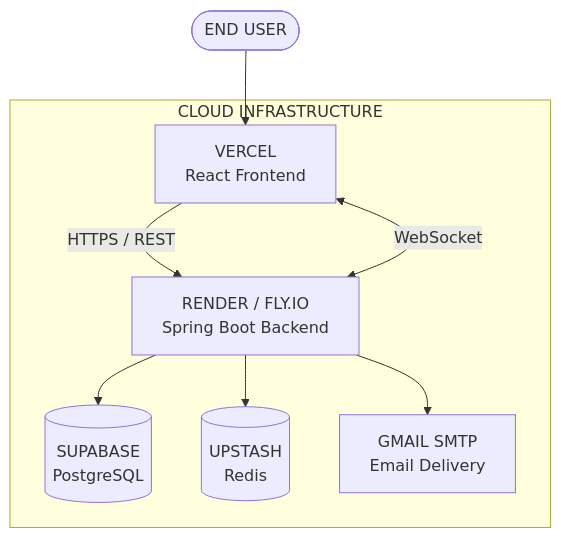
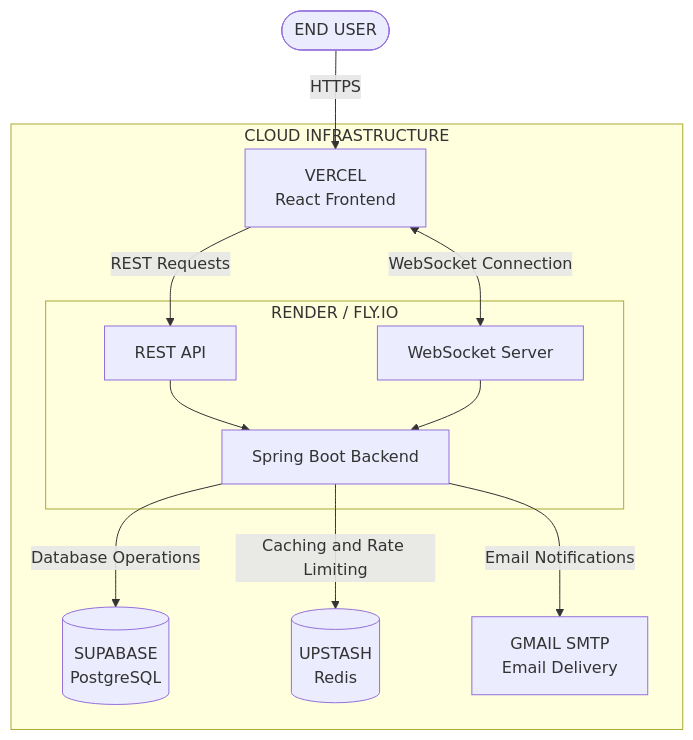
Before and after one commit to AnshCyberSec/nexus-arena: diagram 15 of 18 in README.md, drawn with Mermaid. The commit also changed other lines of this file, not shown here.

````diff
--- a/README.md
+++ b/README.md
@@ -437,20 +522,30 @@
 ```mermaid
 flowchart TB
     USER(["END USER"])
 
     subgraph CLOUD["CLOUD INFRASTRUCTURE"]
         VERCEL["VERCEL<br/>React Frontend"]
-        BACKEND["RENDER / FLY.IO<br/>Spring Boot Backend"]
-        SUPABASE[("SUPABASE<br/>PostgreSQL")]
-        UPSTASH[("UPSTASH<br/>Redis")]
+
+        subgraph BACKEND_HOST["RENDER / FLY.IO"]
+            BACKEND["Spring Boot Backend"]
+            REST["REST API"]
+            SOCKET["WebSocket Server"]
+        end
+
+        DB[("SUPABASE<br/>PostgreSQL")]
+        REDIS[("UPSTASH<br/>Redis")]
         SMTP["GMAIL SMTP<br/>Email Delivery"]
     end
 
-    USER --> VERCEL
-    VERCEL -->|"HTTPS / REST"| BACKEND
-    VERCEL <-->|"WebSocket"| BACKEND
+    USER -->|"HTTPS"| VERCEL
 
-    BACKEND --> SUPABASE
-    BACKEND --> UPSTASH
-    BACKEND --> SMTP
+    VERCEL -->|"REST Requests"| REST
+    VERCEL <-->|"WebSocket Connection"| SOCKET
+
+    REST --> BACKEND
+    SOCKET --> BACKEND
+
+    BACKEND -->|"Database Operations"| DB
+    BACKEND -->|"Caching and Rate Limiting"| REDIS
+    BACKEND -->|"Email Notifications"| SMTP
 ```
````
